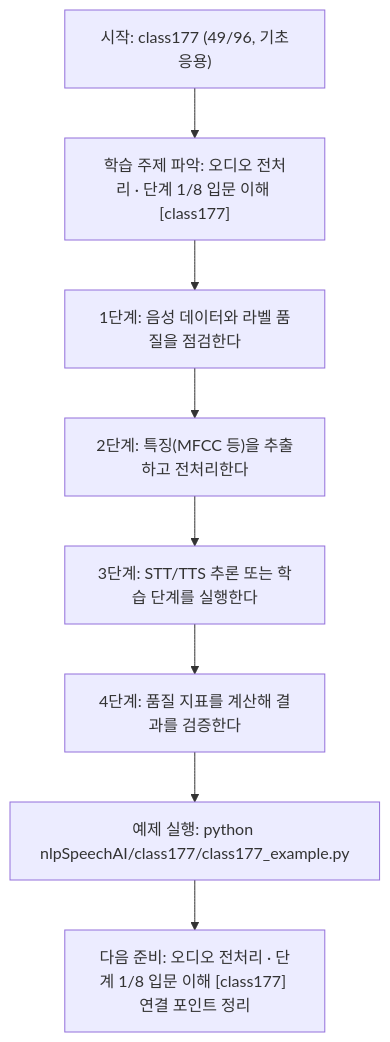
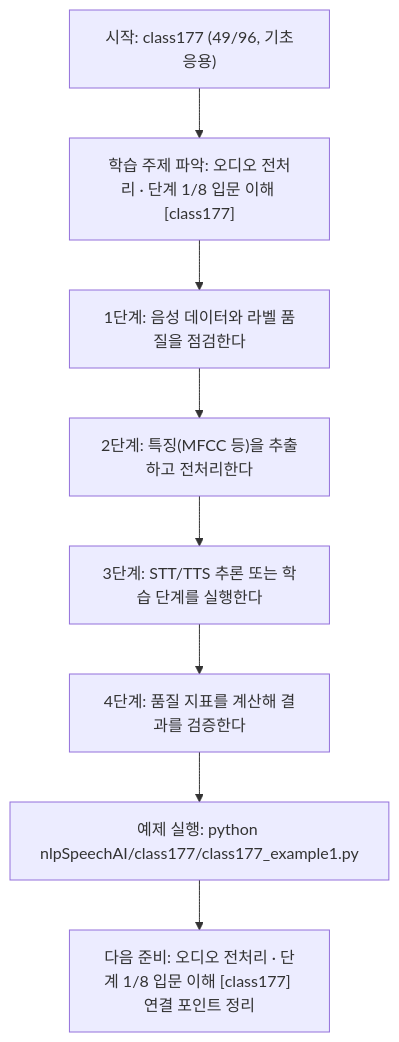
Before and after one commit to edumgt/Python-AI_Agent-Class: the diagram in nlpSpeechAI/class177/class177.md, drawn with Mermaid. The commit also changed other lines of this file and 2959 other files, not shown here.

````diff
--- a/nlpSpeechAI/class177/class177.md
+++ b/nlpSpeechAI/class177/class177.md
@@ -113,18 +113,18 @@
 ```mermaid
 flowchart TD
 N1["시작: class177 (49/96, 기초응용)"]
 N2["학습 주제 파악: 오디오 전처리 · 단계 1/8 입문 이해 [class177]"]
 N3["1단계: 음성 데이터와 라벨 품질을 점검한다"]
 N4["2단계: 특징(MFCC 등)을 추출하고 전처리한다"]
 N5["3단계: STT/TTS 추론 또는 학습 단계를 실행한다"]
 N6["4단계: 품질 지표를 계산해 결과를 검증한다"]
-N7["예제 실행: python nlpSpeechAI/class177/class177_example.py"]
+N7["예제 실행: python nlpSpeechAI/class177/class177_example1.py"]
 N8["다음 준비: 오디오 전처리 · 단계 1/8 입문 이해 [class177] 연결 포인트 정리"]
 N1 --> N2
 N2 --> N3
 N3 --> N4
 N4 --> N5
 N5 --> N6
 N6 --> N7
 N7 --> N8
 ```
````
